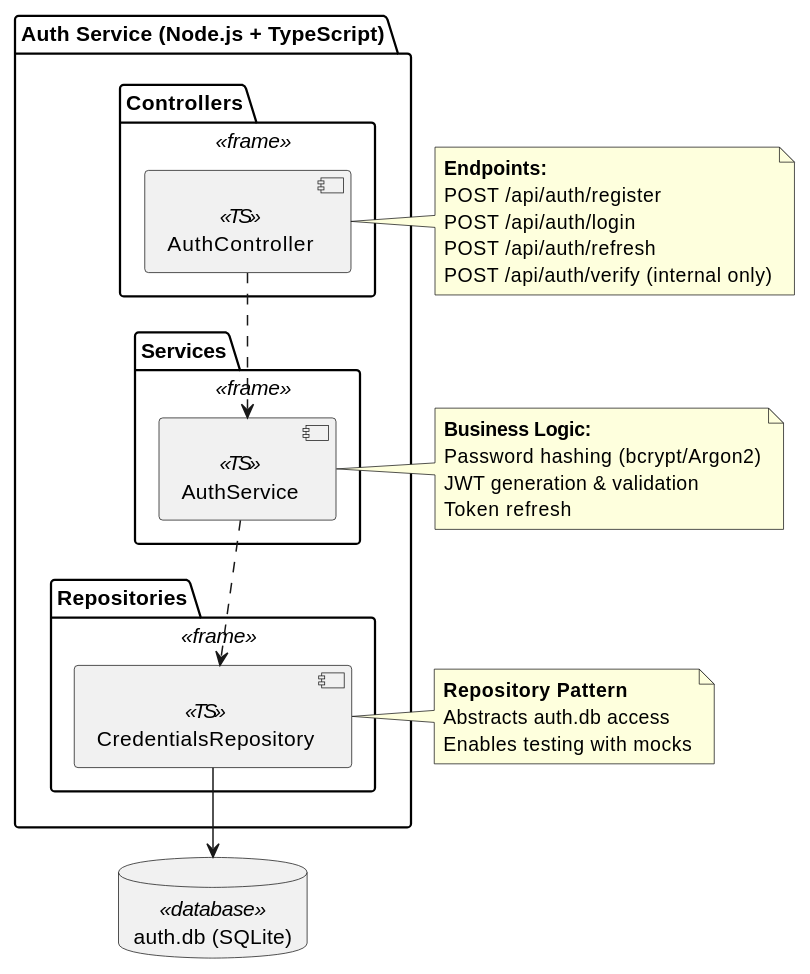
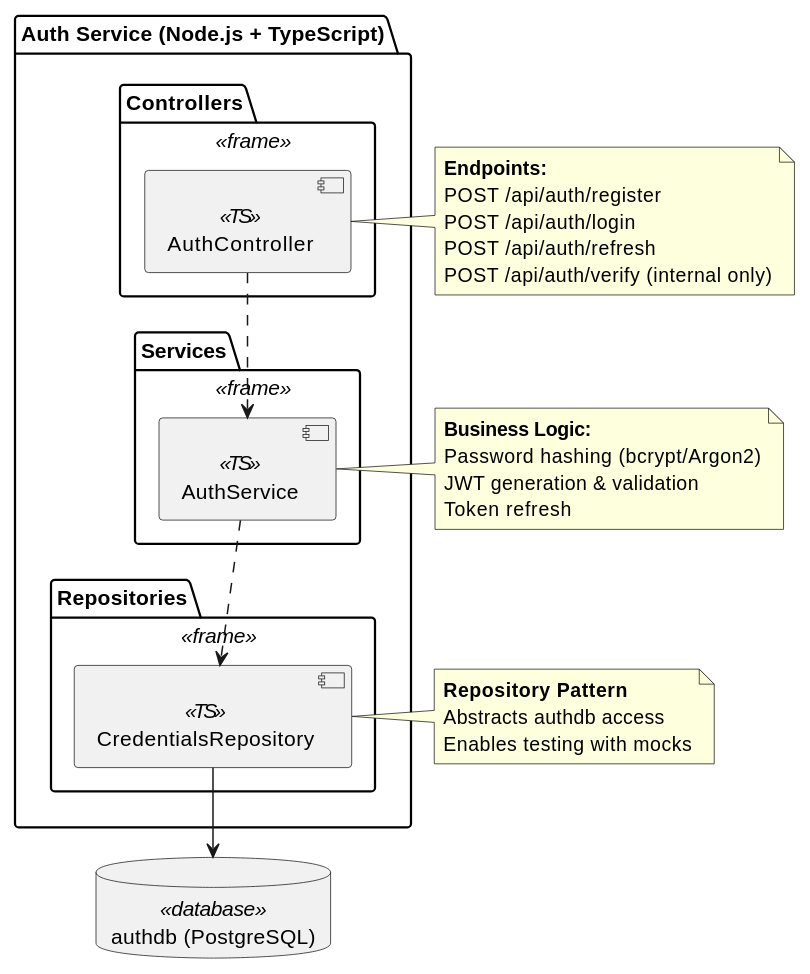
One commit to Arquisoft/yovi_es1c changed the second of 5 diagrams in docs/src/05_building_block_view.adoc. Above: the diagram before and after it, drawn with PlantUML. The commit also changed other lines of this file and 12 other files, not shown here.

Commit message:
Updated documentation to include HTTPS and PostgreSQL database migrations

```diff
--- a/docs/src/05_building_block_view.adoc
+++ b/docs/src/05_building_block_view.adoc
@@ -229,47 +229,47 @@
 [plantuml, level2-auth, png]
 ----
 @startuml
 package "Auth Service (Node.js + TypeScript)" {
 
   package "Controllers" <<frame>> {
     component [AuthController] <<TS>>
   }
 
   package "Services" <<frame>> {
     component [AuthService] <<TS>>
   }
 
   package "Repositories" <<frame>> {
     component [CredentialsRepository] <<TS>>
   }
 }
 
-database "auth.db (SQLite)" as authdb <<database>>
+database "authdb (PostgreSQL)" as authdb <<database>>
 
 [AuthController] ..> [AuthService]
 [AuthService] ..> [CredentialsRepository]
 [CredentialsRepository] --> authdb
 
 note right of [AuthController]
   **Endpoints:**
   POST /api/auth/register
   POST /api/auth/login
   POST /api/auth/refresh
   POST /api/auth/verify (internal only)
 end note
 
 note right of [AuthService]
   **Business Logic:**
   Password hashing (bcrypt/Argon2)
   JWT generation & validation
   Token refresh
 end note
 
 note right of [CredentialsRepository]
   **Repository Pattern**
-  Abstracts auth.db access
+  Abstracts authdb access
   Enables testing with mocks
 end note
 
 @enduml
 ----
```
